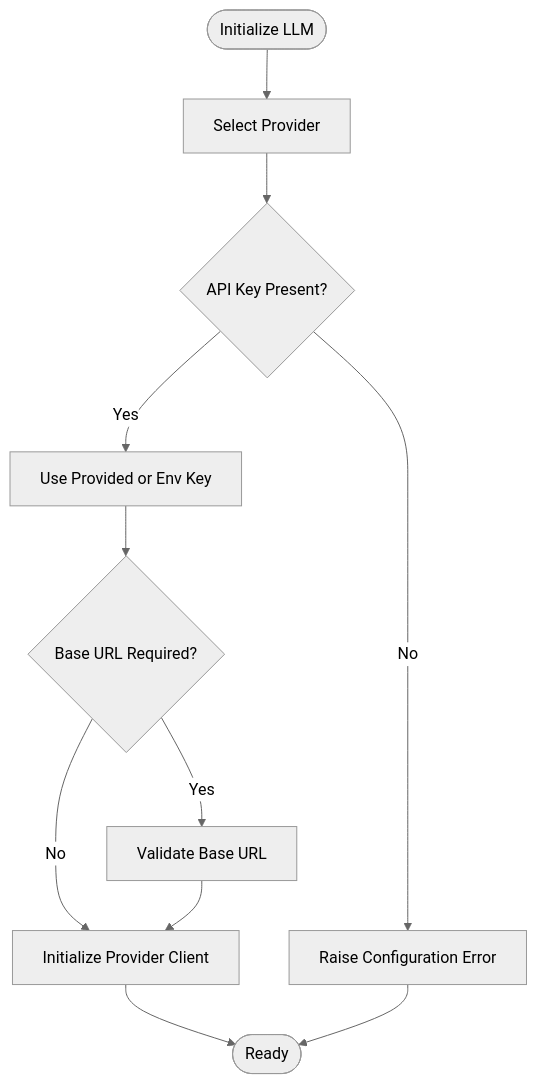
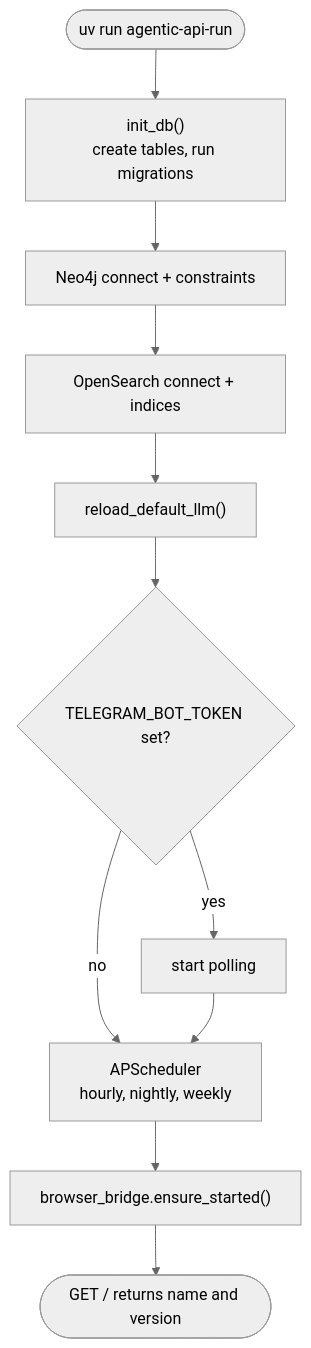
The second of 3 diagrams in src/data/docs/agentic-browser/Getting Started.md (tashifkhan/tashif.codes), drawn with Mermaid (neutral theme) before and after one commit. The commit also changed other lines of this file and 114 other files, not shown here.

Commit message:
docs(agentic-browser): update docs in place and expand coverage

````diff
--- a/src/data/docs/agentic-browser/Getting Started.md
+++ b/src/data/docs/agentic-browser/Getting Started.md
@@ -220,13 +169,13 @@
 ```mermaid
 flowchart TD
-Start(["Initialize LLM"]) --> CheckProvider["Select Provider"]
-CheckProvider --> ValidateKey{"API Key Present?"}
-ValidateKey --> |Yes| UseKey["Use Provided or Env Key"]
-ValidateKey --> |No| RaiseError["Raise Configuration Error"]
-UseKey --> CheckBaseUrl{"Base URL Required?"}
-CheckBaseUrl --> |Yes| ValidateBaseUrl["Validate Base URL"]
-CheckBaseUrl --> |No| InitClient["Initialize Provider Client"]
-ValidateBaseUrl --> InitClient
-InitClient --> Done(["Ready"])
-RaiseError --> Done
+  Start(["uv run agentic-api-run"]) --> DB["init_db()<br/>create tables, run migrations"]
+  DB --> Graph["Neo4j connect + constraints"]
+  Graph --> Search["OpenSearch connect + indices"]
+  Search --> LLM["reload_default_llm()"]
+  LLM --> Bot{"TELEGRAM_BOT_TOKEN set?"}
+  Bot -- yes --> TG["start polling"]
+  Bot -- no --> Sched["APScheduler<br/>hourly, nightly, weekly"]
+  TG --> Sched
+  Sched --> Bridge["browser_bridge.ensure_started()"]
+  Bridge --> Ready(["GET / returns name and version"])
 ```
````
